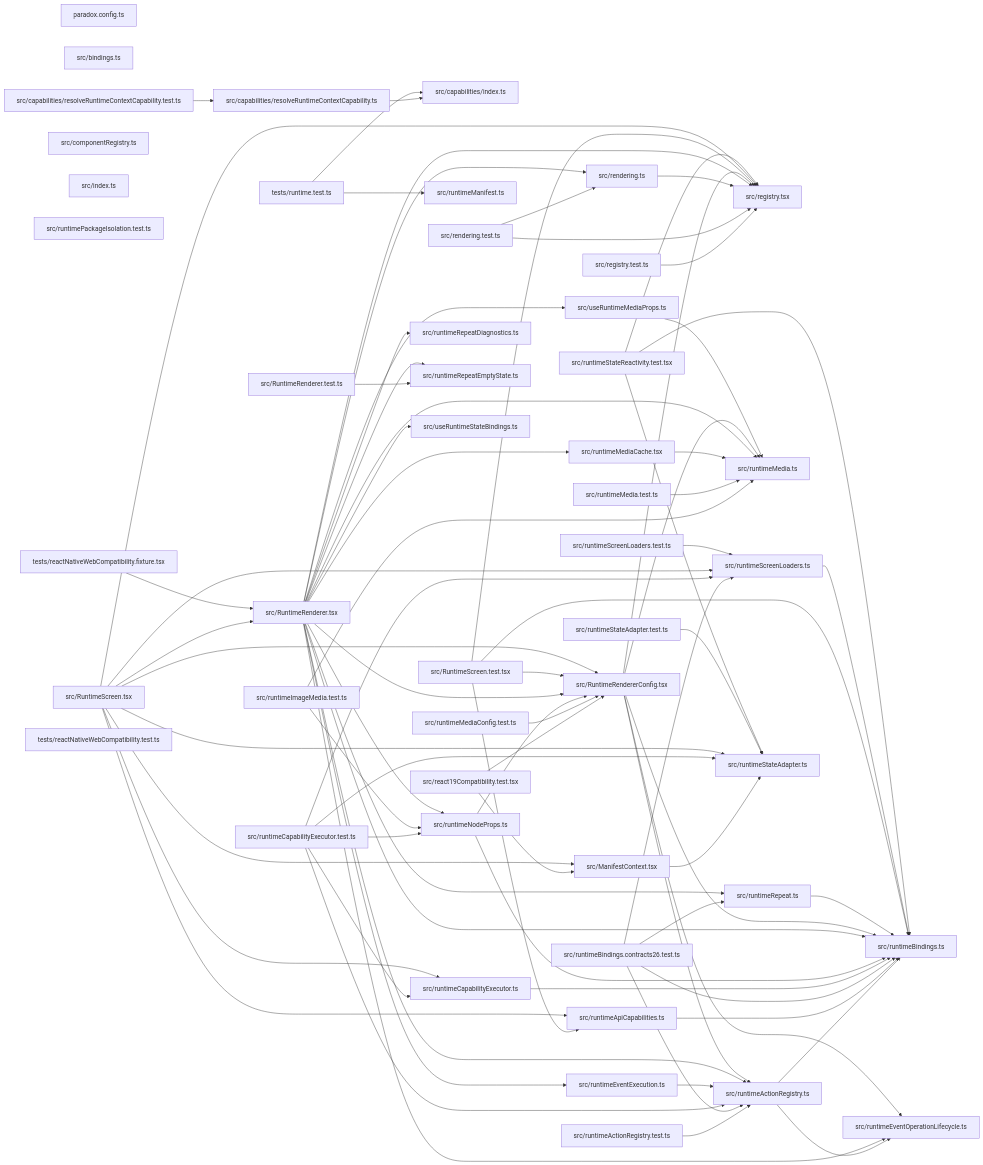
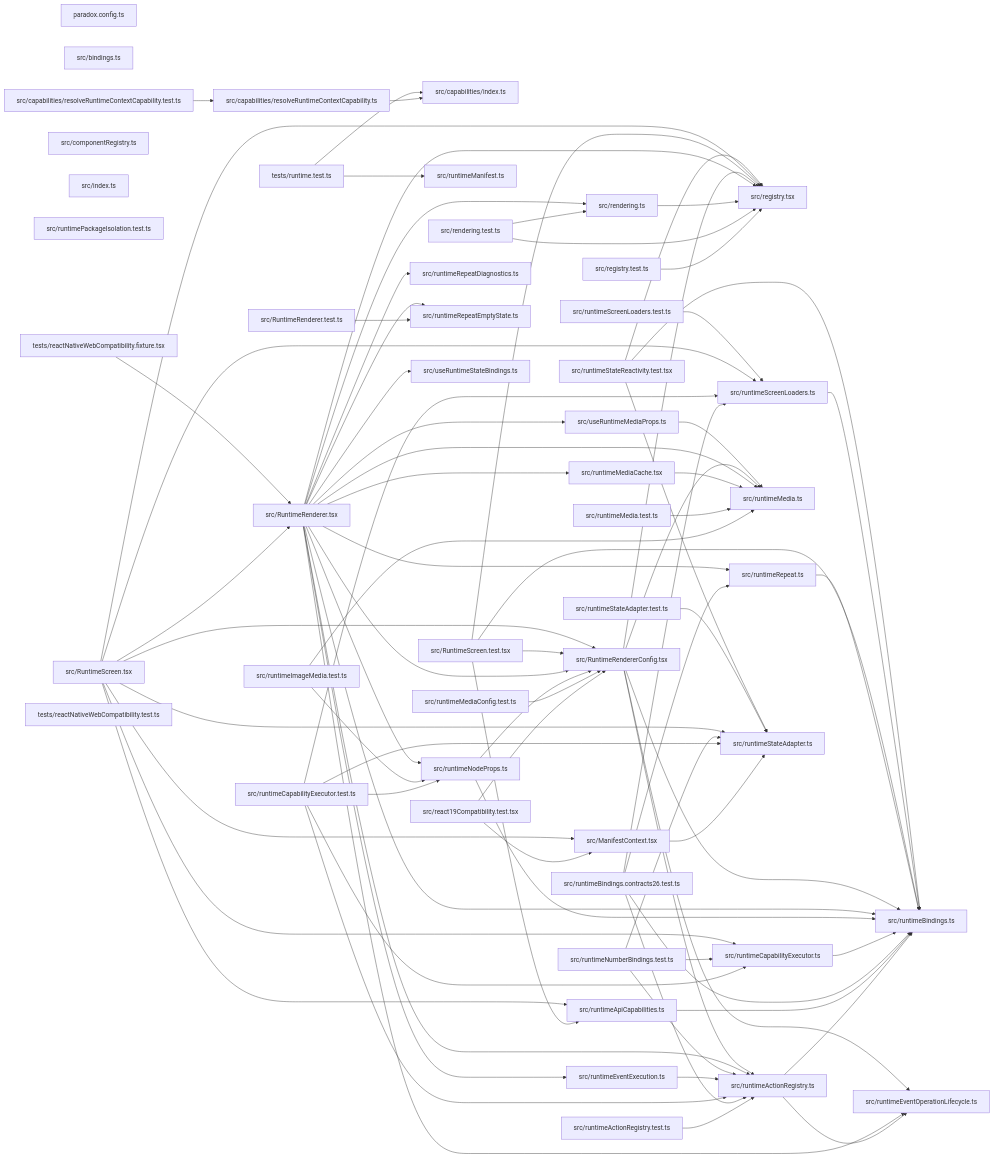
Before and after one commit to ankhorage/runtime: the diagram in paradox/diagrams/module-relationships.mmd, drawn with Mermaid. The commit also changed 10 other files, not shown here.

```diff
--- a/paradox/diagrams/module-relationships.mmd
+++ b/paradox/diagrams/module-relationships.mmd
@@ -1,124 +1,128 @@
 graph LR
   module_paradox_config_ts["paradox.config.ts"]
   module_src_bindings_ts["src/bindings.ts"]
   module_src_capabilities_index_ts["src/capabilities/index.ts"]
   module_src_capabilities_resolveRuntimeContextCapability_test_ts["src/capabilities/resolveRuntimeContextCapability.test.ts"]
   module_src_capabilities_resolveRuntimeContextCapability_ts["src/capabilities/resolveRuntimeContextCapability.ts"]
   module_src_componentRegistry_ts["src/componentRegistry.ts"]
   module_src_index_ts["src/index.ts"]
   module_src_ManifestContext_tsx["src/ManifestContext.tsx"]
   module_src_react19Compatibility_test_tsx["src/react19Compatibility.test.tsx"]
   module_src_registry_test_ts["src/registry.test.ts"]
   module_src_registry_tsx["src/registry.tsx"]
   module_src_rendering_test_ts["src/rendering.test.ts"]
   module_src_rendering_ts["src/rendering.ts"]
   module_src_runtimeActionRegistry_test_ts["src/runtimeActionRegistry.test.ts"]
   module_src_runtimeActionRegistry_ts["src/runtimeActionRegistry.ts"]
   module_src_runtimeApiCapabilities_ts["src/runtimeApiCapabilities.ts"]
   module_src_runtimeBindings_contracts26_test_ts["src/runtimeBindings.contracts26.test.ts"]
   module_src_runtimeBindings_ts["src/runtimeBindings.ts"]
   module_src_runtimeCapabilityExecutor_test_ts["src/runtimeCapabilityExecutor.test.ts"]
   module_src_runtimeCapabilityExecutor_ts["src/runtimeCapabilityExecutor.ts"]
   module_src_runtimeEventExecution_ts["src/runtimeEventExecution.ts"]
   module_src_runtimeEventOperationLifecycle_ts["src/runtimeEventOperationLifecycle.ts"]
   module_src_runtimeImageMedia_test_ts["src/runtimeImageMedia.test.ts"]
   module_src_runtimeManifest_ts["src/runtimeManifest.ts"]
   module_src_runtimeMedia_test_ts["src/runtimeMedia.test.ts"]
   module_src_runtimeMedia_ts["src/runtimeMedia.ts"]
   module_src_runtimeMediaCache_tsx["src/runtimeMediaCache.tsx"]
   module_src_runtimeMediaConfig_test_ts["src/runtimeMediaConfig.test.ts"]
   module_src_runtimeNodeProps_ts["src/runtimeNodeProps.ts"]
+  module_src_runtimeNumberBindings_test_ts["src/runtimeNumberBindings.test.ts"]
   module_src_runtimePackageIsolation_test_ts["src/runtimePackageIsolation.test.ts"]
   module_src_RuntimeRenderer_test_ts["src/RuntimeRenderer.test.ts"]
   module_src_RuntimeRenderer_tsx["src/RuntimeRenderer.tsx"]
   module_src_RuntimeRendererConfig_tsx["src/RuntimeRendererConfig.tsx"]
   module_src_runtimeRepeat_ts["src/runtimeRepeat.ts"]
   module_src_runtimeRepeatDiagnostics_ts["src/runtimeRepeatDiagnostics.ts"]
   module_src_runtimeRepeatEmptyState_ts["src/runtimeRepeatEmptyState.ts"]
   module_src_RuntimeScreen_test_tsx["src/RuntimeScreen.test.tsx"]
   module_src_RuntimeScreen_tsx["src/RuntimeScreen.tsx"]
   module_src_runtimeScreenLoaders_test_ts["src/runtimeScreenLoaders.test.ts"]
   module_src_runtimeScreenLoaders_ts["src/runtimeScreenLoaders.ts"]
   module_src_runtimeStateAdapter_test_ts["src/runtimeStateAdapter.test.ts"]
   module_src_runtimeStateAdapter_ts["src/runtimeStateAdapter.ts"]
   module_src_runtimeStateReactivity_test_tsx["src/runtimeStateReactivity.test.tsx"]
   module_src_useRuntimeMediaProps_ts["src/useRuntimeMediaProps.ts"]
   module_src_useRuntimeStateBindings_ts["src/useRuntimeStateBindings.ts"]
   module_tests_reactNativeWebCompatibility_fixture_tsx["tests/reactNativeWebCompatibility.fixture.tsx"]
   module_tests_reactNativeWebCompatibility_test_ts["tests/reactNativeWebCompatibility.test.ts"]
   module_tests_runtime_test_ts["tests/runtime.test.ts"]
   module_src_capabilities_resolveRuntimeContextCapability_test_ts --> module_src_capabilities_resolveRuntimeContextCapability_ts
   module_src_capabilities_resolveRuntimeContextCapability_ts --> module_src_capabilities_index_ts
   module_src_ManifestContext_tsx --> module_src_runtimeStateAdapter_ts
   module_src_react19Compatibility_test_tsx --> module_src_ManifestContext_tsx
   module_src_react19Compatibility_test_tsx --> module_src_RuntimeRendererConfig_tsx
   module_src_registry_test_ts --> module_src_registry_tsx
   module_src_rendering_test_ts --> module_src_registry_tsx
   module_src_rendering_test_ts --> module_src_rendering_ts
   module_src_rendering_ts --> module_src_registry_tsx
   module_src_runtimeActionRegistry_test_ts --> module_src_runtimeActionRegistry_ts
   module_src_runtimeActionRegistry_ts --> module_src_runtimeBindings_ts
   module_src_runtimeActionRegistry_ts --> module_src_runtimeEventOperationLifecycle_ts
   module_src_runtimeApiCapabilities_ts --> module_src_runtimeBindings_ts
   module_src_runtimeBindings_contracts26_test_ts --> module_src_runtimeActionRegistry_ts
   module_src_runtimeBindings_contracts26_test_ts --> module_src_runtimeBindings_ts
   module_src_runtimeBindings_contracts26_test_ts --> module_src_runtimeRepeat_ts
   module_src_runtimeBindings_contracts26_test_ts --> module_src_runtimeScreenLoaders_ts
   module_src_runtimeCapabilityExecutor_test_ts --> module_src_runtimeActionRegistry_ts
   module_src_runtimeCapabilityExecutor_test_ts --> module_src_runtimeCapabilityExecutor_ts
   module_src_runtimeCapabilityExecutor_test_ts --> module_src_runtimeNodeProps_ts
   module_src_runtimeCapabilityExecutor_test_ts --> module_src_runtimeScreenLoaders_ts
   module_src_runtimeCapabilityExecutor_test_ts --> module_src_runtimeStateAdapter_ts
   module_src_runtimeCapabilityExecutor_ts --> module_src_runtimeBindings_ts
   module_src_runtimeEventExecution_ts --> module_src_runtimeActionRegistry_ts
   module_src_runtimeImageMedia_test_ts --> module_src_runtimeMedia_ts
   module_src_runtimeImageMedia_test_ts --> module_src_runtimeNodeProps_ts
   module_src_runtimeMedia_test_ts --> module_src_runtimeMedia_ts
   module_src_runtimeMediaCache_tsx --> module_src_runtimeMedia_ts
   module_src_runtimeMediaConfig_test_ts --> module_src_RuntimeRendererConfig_tsx
   module_src_runtimeNodeProps_ts --> module_src_runtimeBindings_ts
   module_src_runtimeNodeProps_ts --> module_src_RuntimeRendererConfig_tsx
+  module_src_runtimeNumberBindings_test_ts --> module_src_runtimeActionRegistry_ts
+  module_src_runtimeNumberBindings_test_ts --> module_src_runtimeCapabilityExecutor_ts
+  module_src_runtimeNumberBindings_test_ts --> module_src_runtimeStateAdapter_ts
   module_src_RuntimeRenderer_test_ts --> module_src_runtimeRepeatEmptyState_ts
   module_src_RuntimeRenderer_tsx --> module_src_registry_tsx
   module_src_RuntimeRenderer_tsx --> module_src_rendering_ts
   module_src_RuntimeRenderer_tsx --> module_src_runtimeActionRegistry_ts
   module_src_RuntimeRenderer_tsx --> module_src_runtimeBindings_ts
   module_src_RuntimeRenderer_tsx --> module_src_runtimeEventExecution_ts
   module_src_RuntimeRenderer_tsx --> module_src_runtimeEventOperationLifecycle_ts
   module_src_RuntimeRenderer_tsx --> module_src_runtimeMedia_ts
   module_src_RuntimeRenderer_tsx --> module_src_runtimeMediaCache_tsx
   module_src_RuntimeRenderer_tsx --> module_src_runtimeNodeProps_ts
   module_src_RuntimeRenderer_tsx --> module_src_RuntimeRendererConfig_tsx
   module_src_RuntimeRenderer_tsx --> module_src_runtimeRepeat_ts
   module_src_RuntimeRenderer_tsx --> module_src_runtimeRepeatDiagnostics_ts
   module_src_RuntimeRenderer_tsx --> module_src_runtimeRepeatEmptyState_ts
   module_src_RuntimeRenderer_tsx --> module_src_useRuntimeMediaProps_ts
   module_src_RuntimeRenderer_tsx --> module_src_useRuntimeStateBindings_ts
   module_src_RuntimeRendererConfig_tsx --> module_src_registry_tsx
   module_src_RuntimeRendererConfig_tsx --> module_src_runtimeActionRegistry_ts
   module_src_RuntimeRendererConfig_tsx --> module_src_runtimeBindings_ts
   module_src_RuntimeRendererConfig_tsx --> module_src_runtimeEventOperationLifecycle_ts
   module_src_RuntimeRendererConfig_tsx --> module_src_runtimeMedia_ts
   module_src_runtimeRepeat_ts --> module_src_runtimeBindings_ts
   module_src_RuntimeScreen_test_tsx --> module_src_registry_tsx
   module_src_RuntimeScreen_test_tsx --> module_src_runtimeApiCapabilities_ts
   module_src_RuntimeScreen_test_tsx --> module_src_runtimeBindings_ts
   module_src_RuntimeScreen_test_tsx --> module_src_RuntimeRendererConfig_tsx
   module_src_RuntimeScreen_tsx --> module_src_ManifestContext_tsx
   module_src_RuntimeScreen_tsx --> module_src_registry_tsx
   module_src_RuntimeScreen_tsx --> module_src_runtimeApiCapabilities_ts
   module_src_RuntimeScreen_tsx --> module_src_runtimeCapabilityExecutor_ts
   module_src_RuntimeScreen_tsx --> module_src_RuntimeRenderer_tsx
   module_src_RuntimeScreen_tsx --> module_src_RuntimeRendererConfig_tsx
   module_src_RuntimeScreen_tsx --> module_src_runtimeScreenLoaders_ts
   module_src_RuntimeScreen_tsx --> module_src_runtimeStateAdapter_ts
   module_src_runtimeScreenLoaders_test_ts --> module_src_runtimeScreenLoaders_ts
   module_src_runtimeScreenLoaders_ts --> module_src_runtimeBindings_ts
   module_src_runtimeStateAdapter_test_ts --> module_src_runtimeStateAdapter_ts
   module_src_runtimeStateReactivity_test_tsx --> module_src_registry_tsx
   module_src_runtimeStateReactivity_test_tsx --> module_src_runtimeBindings_ts
   module_src_runtimeStateReactivity_test_tsx --> module_src_runtimeStateAdapter_ts
   module_src_useRuntimeMediaProps_ts --> module_src_runtimeMedia_ts
   module_tests_reactNativeWebCompatibility_fixture_tsx --> module_src_RuntimeRenderer_tsx
   module_tests_runtime_test_ts --> module_src_capabilities_index_ts
   module_tests_runtime_test_ts --> module_src_runtimeManifest_ts
```
